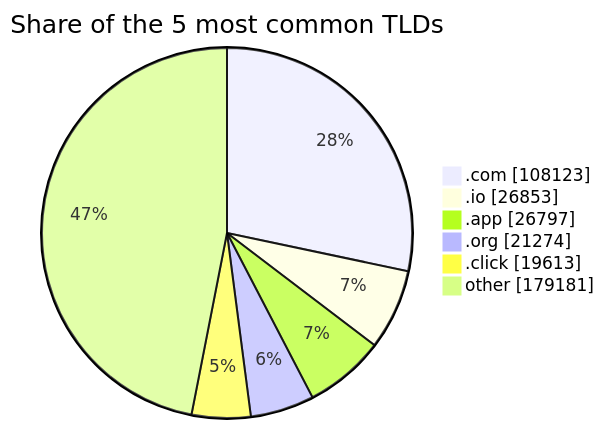
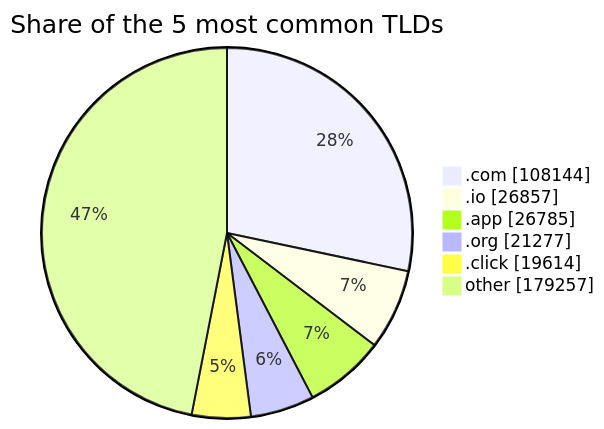
One commit to DNSBunker/CTI changed the third of 3 diagrams in README.md. Above: the diagram before and after it, drawn with Mermaid. The commit also changed other lines of this file and 3 other files, not shown here.

````diff
--- a/README.md
+++ b/README.md
@@ -81,9 +81,9 @@
 ```mermaid
 pie showData title Share of the 5 most common TLDs
-    ".com" : 108123
-    ".io" : 26853
-    ".app" : 26797
-    ".org" : 21274
-    ".click" : 19613
-    "other" : 179181
+    ".com" : 108144
+    ".io" : 26857
+    ".app" : 26785
+    ".org" : 21277
+    ".click" : 19614
+    "other" : 179257
 ```
````
